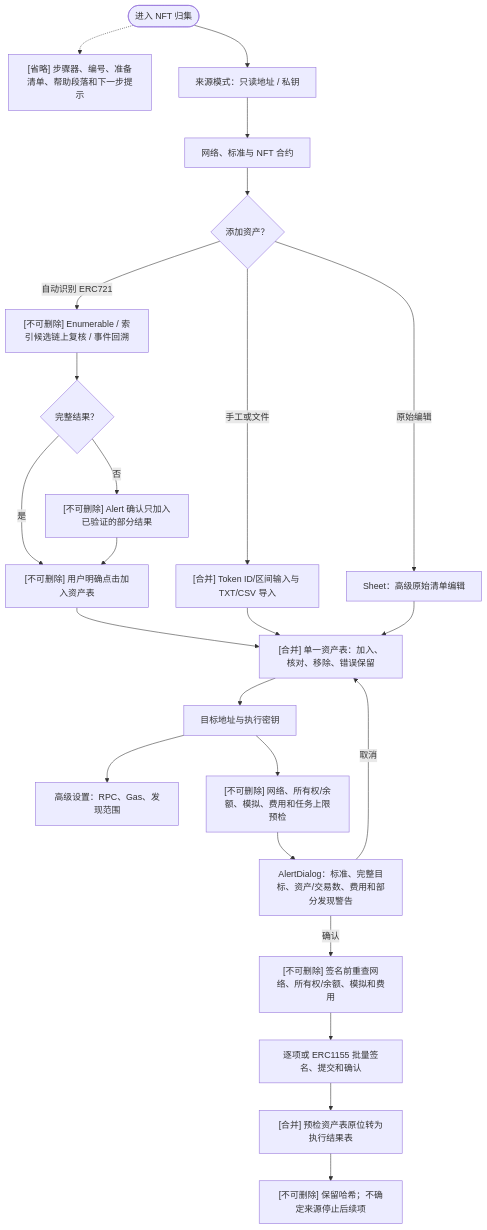
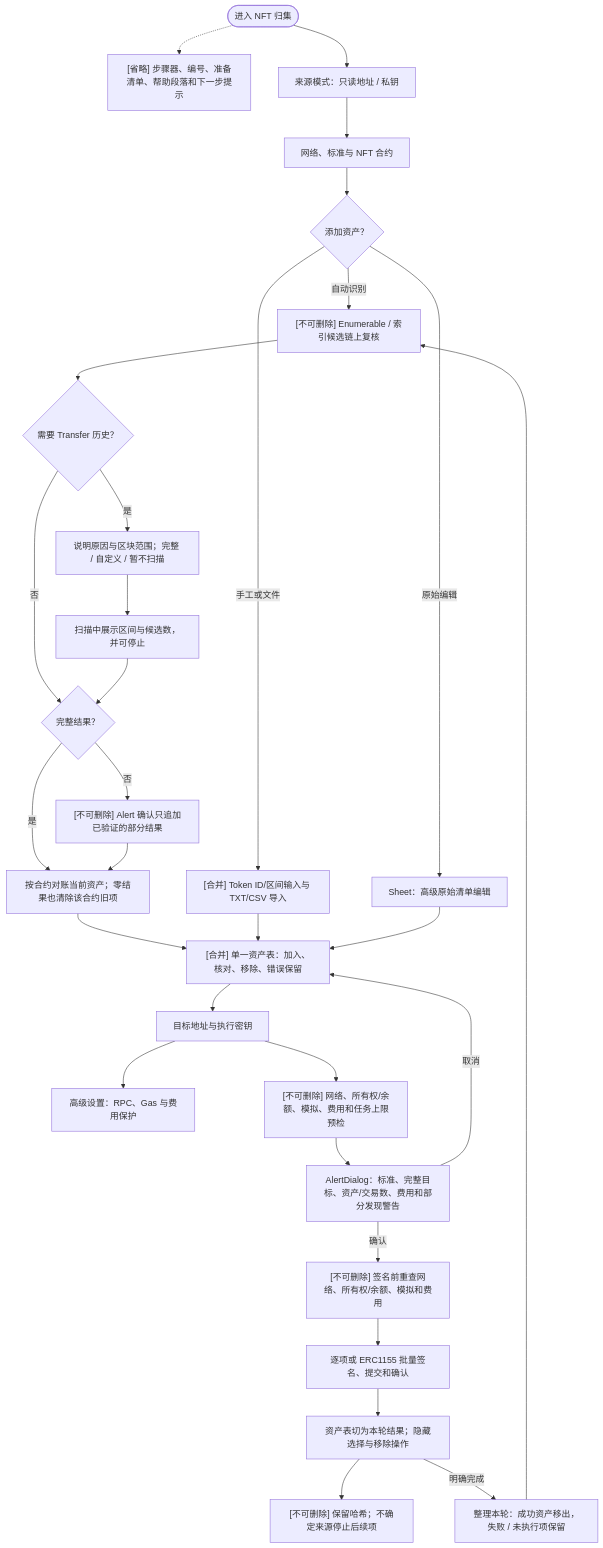
One commit to ioiv/batch_send changed the eighth of 12 diagrams in docs/feature-flows.md. Above: the diagram before and after it, drawn with Mermaid. The commit also changed other lines of this file and 17 other files, not shown here.

````diff
--- a/docs/feature-flows.md
+++ b/docs/feature-flows.md
@@ -337,26 +337,32 @@
 ```mermaid
 flowchart TD
   nft_o_start(["进入 NFT 归集"]) -.-> nft_o_omit["[省略] 步骤器、编号、准备清单、帮助段落和下一步提示"]
   nft_o_start --> nft_o_source["来源模式：只读地址 / 私钥"]
   nft_o_source --> nft_o_context["网络、标准与 NFT 合约"]
   nft_o_context --> nft_o_method{"添加资产？"}
-  nft_o_method -->|自动识别 ERC721| nft_o_discover["[不可删除] Enumerable / 索引候选链上复核 / 事件回溯"]
-  nft_o_discover --> nft_o_coverage{"完整结果？"}
-  nft_o_coverage -->|否| nft_o_partial["[不可删除] Alert 确认只加入已验证的部分结果"]
-  nft_o_coverage -->|是| nft_o_join["[不可删除] 用户明确点击加入资产表"]
+  nft_o_method -->|自动识别| nft_o_discover["[不可删除] Enumerable / 索引候选链上复核"]
+  nft_o_discover --> nft_o_history{"需要 Transfer 历史？"}
+  nft_o_history -->|是| nft_o_range["说明原因与区块范围；完整 / 自定义 / 暂不扫描"]
+  nft_o_range --> nft_o_stop["扫描中展示区间与候选数，并可停止"]
+  nft_o_history -->|否| nft_o_coverage{"完整结果？"}
+  nft_o_stop --> nft_o_coverage
+  nft_o_coverage -->|否| nft_o_partial["[不可删除] Alert 确认只追加已验证的部分结果"]
+  nft_o_coverage -->|是| nft_o_join["按合约对账当前资产；零结果也清除该合约旧项"]
   nft_o_partial --> nft_o_join
   nft_o_method -->|手工或文件| nft_o_combined["[合并] Token ID/区间输入与 TXT/CSV 导入"]
   nft_o_method -->|原始编辑| nft_o_sheet["Sheet：高级原始清单编辑"]
   nft_o_join --> nft_o_table["[合并] 单一资产表：加入、核对、移除、错误保留"]
   nft_o_combined --> nft_o_table
   nft_o_sheet --> nft_o_table
   nft_o_table --> nft_o_target["目标地址与执行密钥"]
-  nft_o_target --> nft_o_advanced["高级设置：RPC、Gas、发现范围"]
+  nft_o_target --> nft_o_advanced["高级设置：RPC、Gas 与费用保护"]
   nft_o_target --> nft_o_preflight["[不可删除] 网络、所有权/余额、模拟、费用和任务上限预检"]
   nft_o_preflight --> nft_o_dialog["AlertDialog：标准、完整目标、资产/交易数、费用和部分发现警告"]
   nft_o_dialog -->|取消| nft_o_table
   nft_o_dialog -->|确认| nft_o_recheck["[不可删除] 签名前重查网络、所有权/余额、模拟和费用"]
   nft_o_recheck --> nft_o_run["逐项或 ERC1155 批量签名、提交和确认"]
-  nft_o_run --> nft_o_results["[合并] 预检资产表原位转为执行结果表"]
+  nft_o_run --> nft_o_results["资产表切为本轮结果；隐藏选择与移除操作"]
   nft_o_results --> nft_o_lock["[不可删除] 保留哈希；不确定来源停止后续项"]
+  nft_o_results -->|明确完成| nft_o_next["整理本轮：成功资产移出，失败 / 未执行项保留"]
+  nft_o_next --> nft_o_discover
 ```
````
